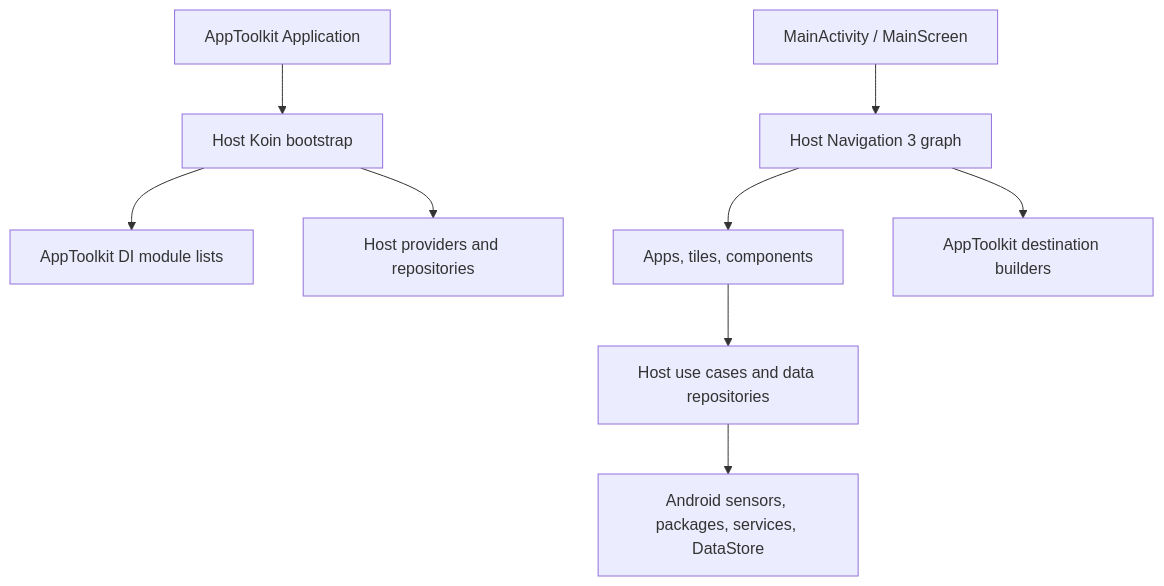
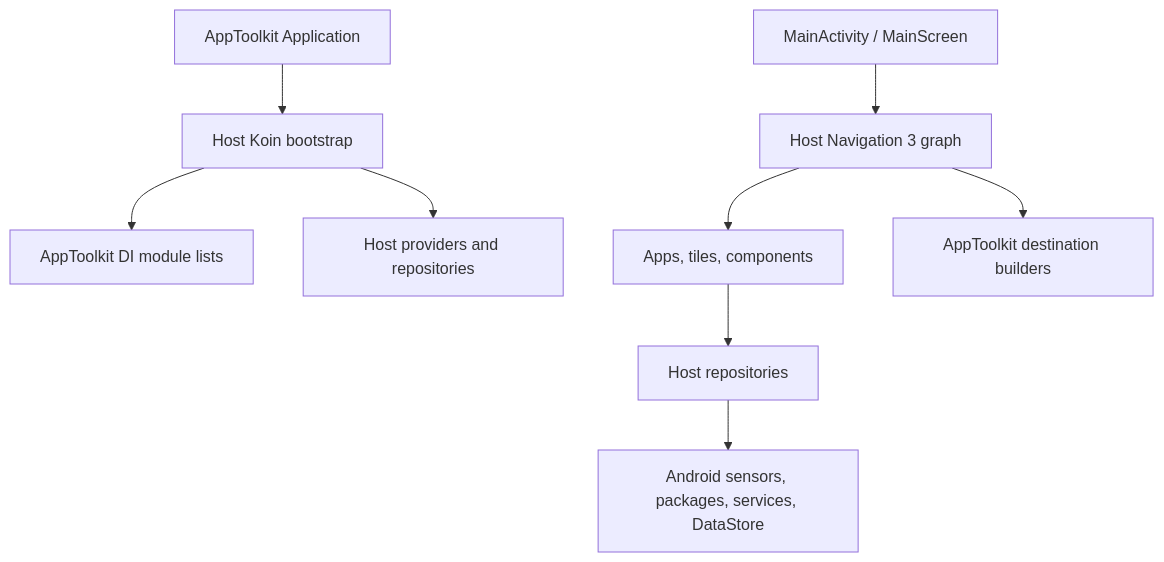
One commit to MihaiCristianCondrea/App-Toolkit-for-Android changed the diagram in sample/README.md. Above: the diagram before and after it, drawn with Mermaid. The commit also changed other lines of this file and 18 other files, not shown here.

````diff
--- a/sample/README.md
+++ b/sample/README.md
@@ -35,11 +35,11 @@
 ```mermaid
 flowchart TD
     App[AppToolkit Application] --> Koin[Host Koin bootstrap]
     Koin --> Facade[AppToolkit DI module lists]
     Koin --> HostBindings[Host providers and repositories]
     Main[MainActivity / MainScreen] --> Nav[Host Navigation 3 graph]
     Nav --> HostFeatures[Apps, tiles, components]
     Nav --> ToolkitBuilders[AppToolkit destination builders]
-    HostFeatures --> Logic[Host use cases and data repositories]
+    HostFeatures --> Logic[Host repositories]
     Logic --> Android[Android sensors, packages, services, DataStore]
 ```
````
